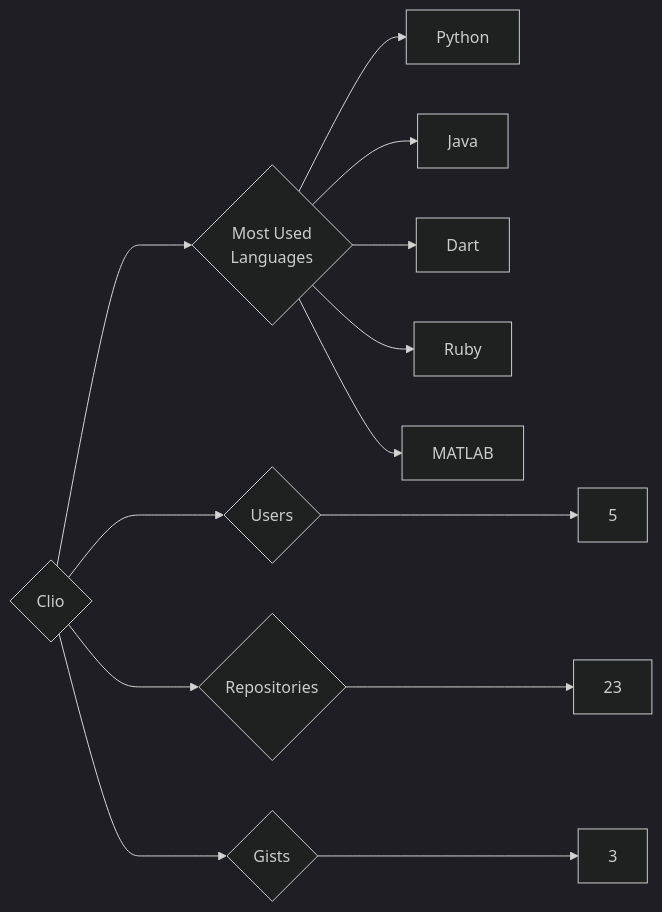
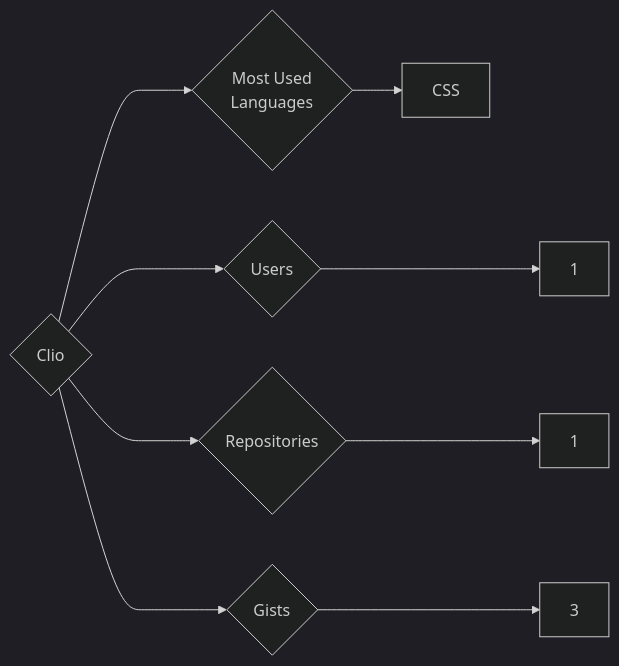
Before and after one commit to trickest/insiders: the diagram in targets/Clio/README.md, drawn with Mermaid (dark theme). The commit also changed 724 other files, not shown here.

````diff
--- a/targets/Clio/README.md
+++ b/targets/Clio/README.md
@@ -3,13 +3,9 @@
 ```mermaid
 graph LR
 COMPANY_NAME{Clio}
-COMPANY_NAME ---> U{Users} ---> UN[5]
-COMPANY_NAME ---> R{Repositories} ---> RN[23]
+COMPANY_NAME ---> U{Users} ---> UN[1]
+COMPANY_NAME ---> R{Repositories} ---> RN[1]
 COMPANY_NAME ---> G{Gists} ---> GN[3]
 COMPANY_NAME ---> ML{Most Used<br>Languages}
-ML --> Python[Python]
-ML --> Java[Java]
-ML --> Dart[Dart]
-ML --> Ruby[Ruby]
-ML --> MATLAB[MATLAB]
+ML --> CSS[CSS]
 ```
````
